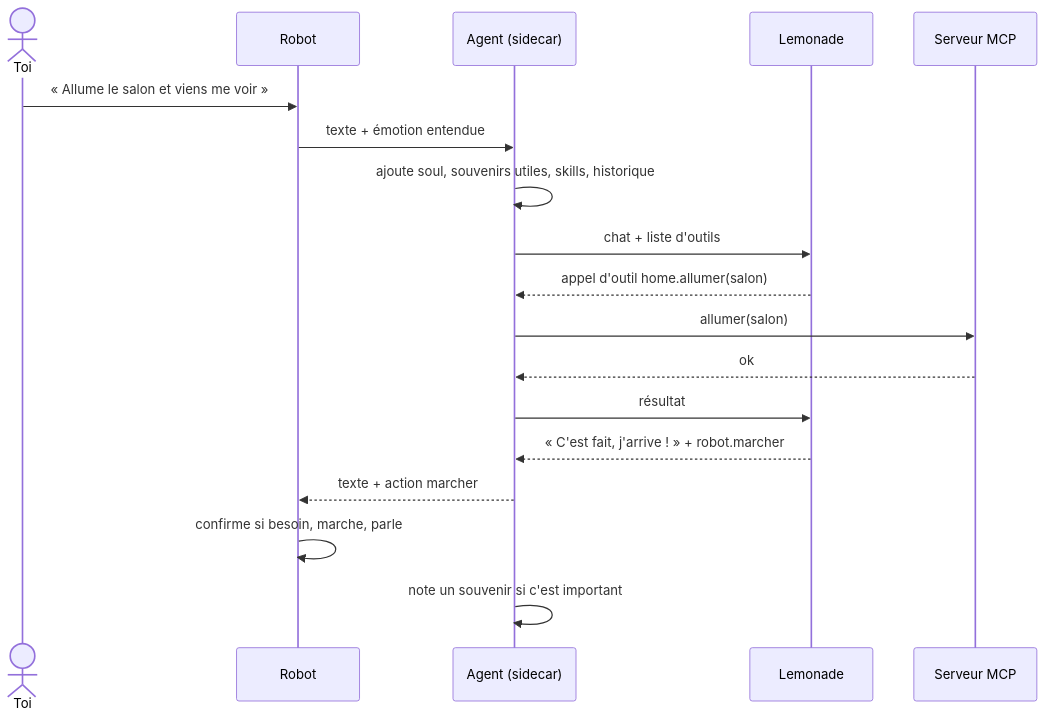
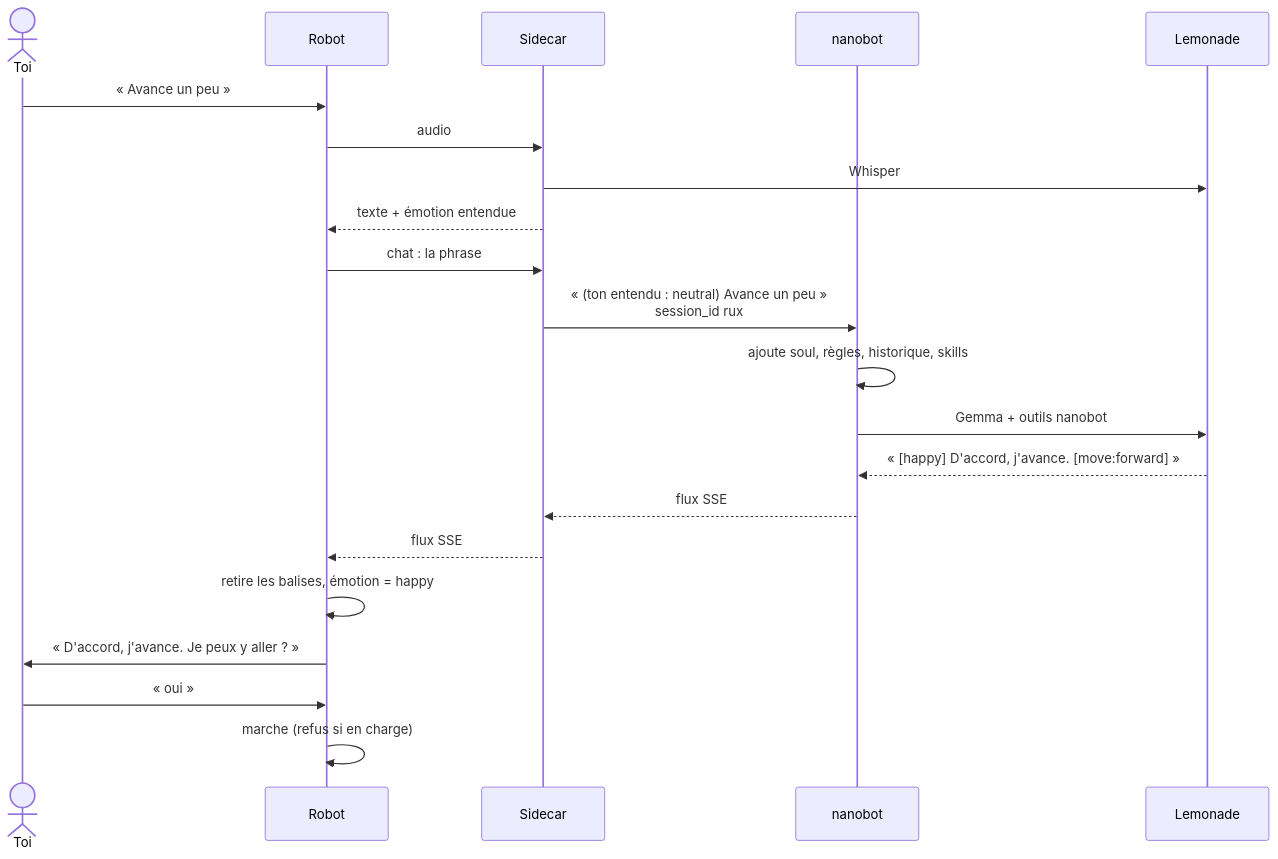
One commit to ogrums/GeeUIVoice changed the third of 3 diagrams in docs/AGENT.md. Above: the diagram before and after it, drawn with Mermaid. The commit also changed other lines of this file and 7 other files, not shown here.

Commit message:
docs: architecture nanobot (Gemma rapide + Qwen3 lourd), déploiement nimbus, SOUL.md et balises d'action

````diff
--- a/docs/AGENT.md
+++ b/docs/AGENT.md
@@ -72,20 +70,23 @@
 ```mermaid
 sequenceDiagram
     actor U as Toi
     participant R as Robot
-    participant A as Agent (sidecar)
+    participant S as Sidecar
+    participant N as nanobot
     participant L as Lemonade
-    participant M as Serveur MCP
-    U->>R: « Allume le salon et viens me voir »
-    R->>A: texte + émotion entendue
-    A->>A: ajoute soul, souvenirs utiles, skills, historique
-    A->>L: chat + liste d'outils
-    L-->>A: appel d'outil home.allumer(salon)
-    A->>M: allumer(salon)
-    M-->>A: ok
-    A->>L: résultat
-    L-->>A: « C'est fait, j'arrive ! » + robot.marcher
-    A-->>R: texte + action marcher
-    R->>R: confirme si besoin, marche, parle
-    A->>A: note un souvenir si c'est important
+    U->>R: « Avance un peu »
+    R->>S: audio
+    S->>L: Whisper
+    S-->>R: texte + émotion entendue
+    R->>S: chat : la phrase
+    S->>N: « (ton entendu : neutral) Avance un peu »<br/>session_id rux
+    N->>N: ajoute soul, règles, historique, skills
+    N->>L: Gemma + outils nanobot
+    L-->>N: « [happy] D'accord, j'avance. [move:forward] »
+    N-->>S: flux SSE
+    S-->>R: flux SSE
+    R->>R: retire les balises, émotion = happy
+    R->>U: « D'accord, j'avance. Je peux y aller ? »
+    U->>R: « oui »
+    R->>R: marche (refus si en charge)
 ```
````
